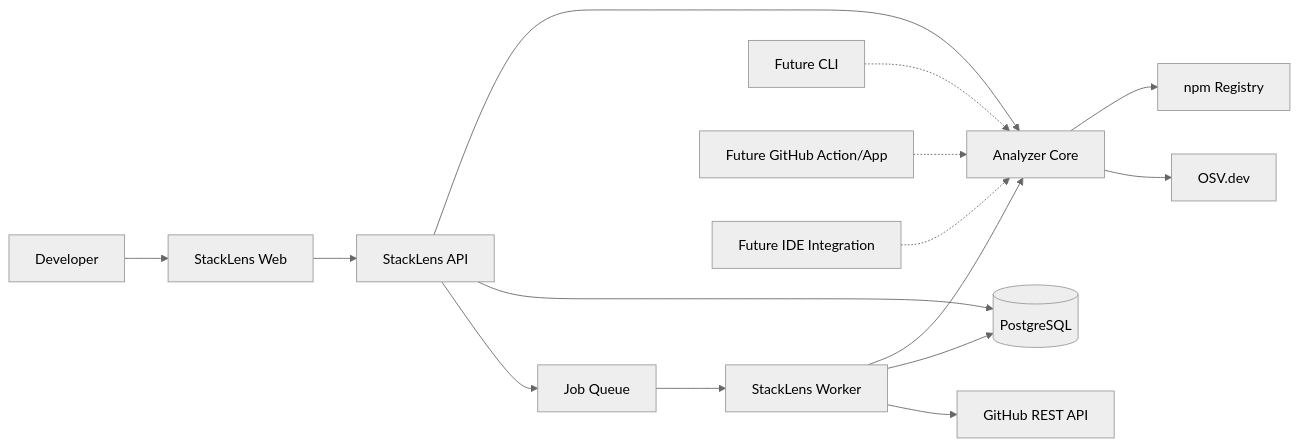
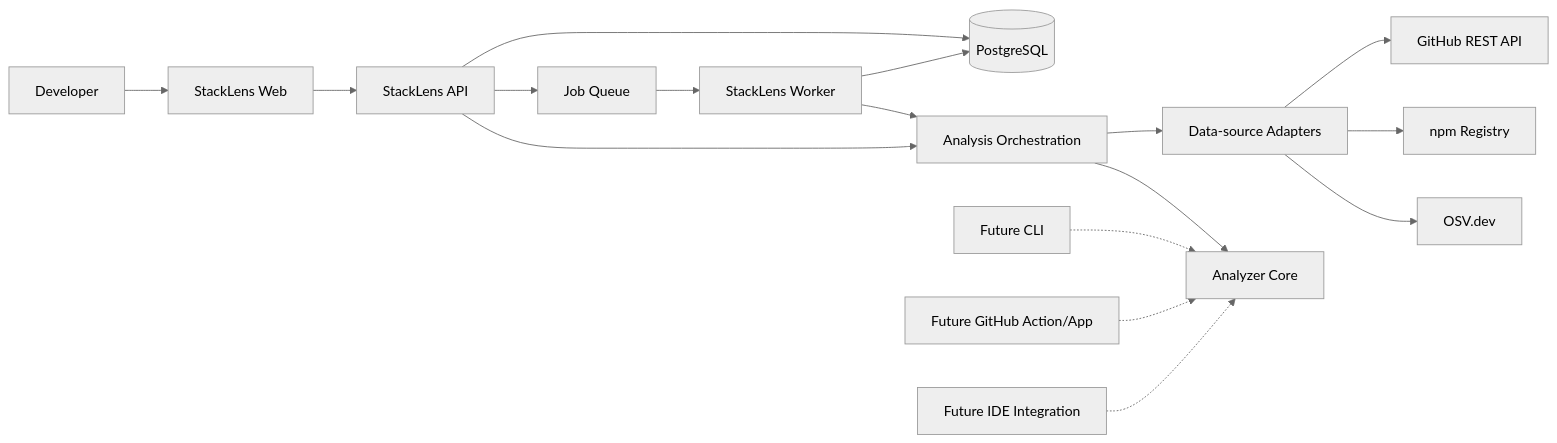
One commit to BlizzardBlast/StackLens changed the first of 4 diagrams in docs/architecture.md. Above: the diagram before and after it, drawn with Mermaid (neutral theme). The commit also changed other lines of this file and 17 other files, not shown here.

First line of the commit message:
feat: add repository analysis orchestration (#21)

````diff
--- a/docs/architecture.md
+++ b/docs/architecture.md
@@ -39,19 +39,22 @@
 ```mermaid
 flowchart LR
     U[Developer] --> W[StackLens Web]
     W --> A[StackLens API]
-    A --> C[Analyzer Core]
     A --> DB[(PostgreSQL)]
     A --> Q[Job Queue]
     Q --> WK[StackLens Worker]
-    WK --> C
     WK --> DB
 
-    C --> NPM[npm Registry]
-    C --> OSV[OSV.dev]
-    WK --> GH[GitHub REST API]
+    A --> AO[Analysis Orchestration]
+    WK --> AO
+    AO --> DS[Data-source Adapters]
+    AO --> C[Analyzer Core]
+
+    DS --> GH[GitHub REST API]
+    DS --> NPM[npm Registry]
+    DS --> OSV[OSV.dev]
 
     CLI[Future CLI] -.-> C
     GA[Future GitHub Action/App] -.-> C
     IDE[Future IDE Integration] -.-> C
 ```
````
